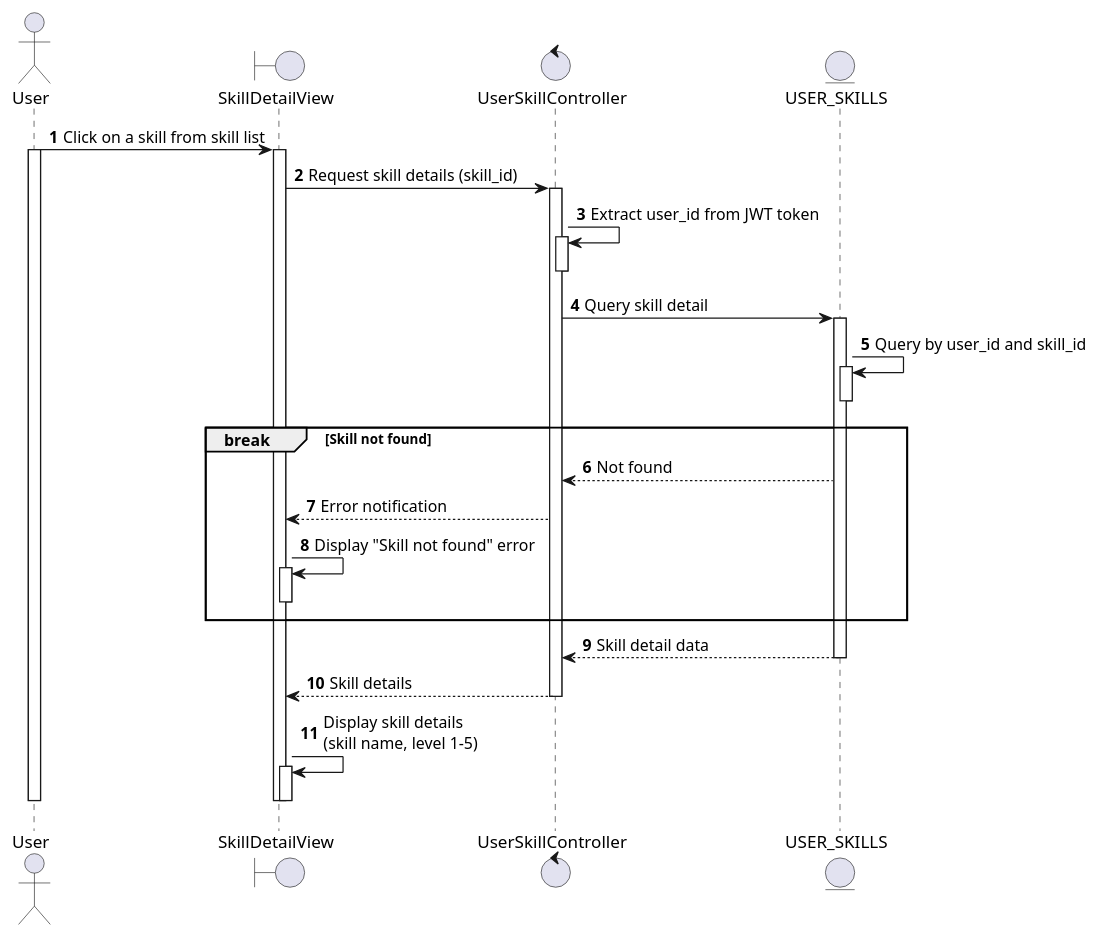
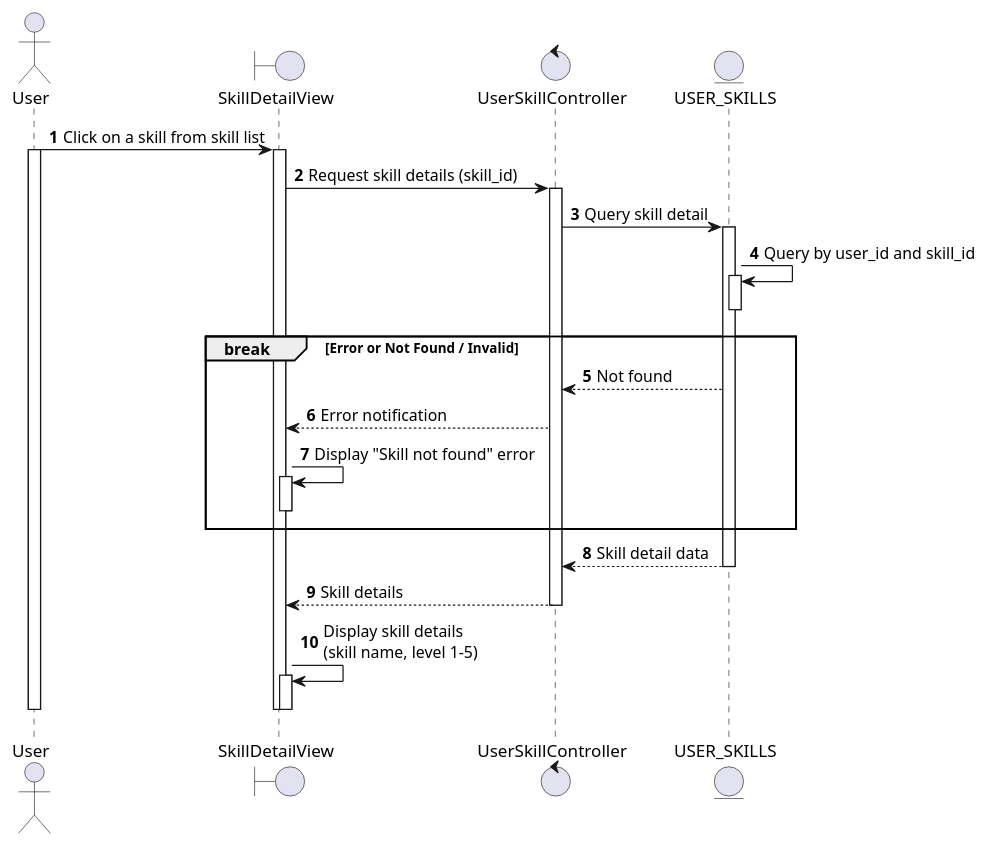
Before and after one commit to taskpilot-platform/taskpilot-platform.github.io: the diagram in docs/docs/sequence/user-skills/view-personal-skill-details.md, drawn with PlantUML. The commit also changed 65 other files, not shown here.

Commit message:
docs: Add new sequence diagrams for various platform functionalities including project, task, sprint, user, and AI assistant management.

````diff
--- a/docs/docs/sequence/user-skills/view-personal-skill-details.md
+++ b/docs/docs/sequence/user-skills/view-personal-skill-details.md
@@ -3,43 +3,45 @@
 ```plantuml
 @startuml
 autonumber
 
 actor User as U
 boundary SkillDetailView as SDV
 control UserSkillController as USC
 entity USER_SKILLS as USK
 
 U -> SDV: Click on a skill from skill list
 activate U
 activate SDV
+
 SDV -> USC: Request skill details (skill_id)
 activate USC
-USC -> USC: Extract user_id from JWT token
-activate USC
-deactivate USC
+
 USC -> USK: Query skill detail
 activate USK
 USK -> USK: Query by user_id and skill_id
 activate USK
 deactivate USK
 
-break Skill not found
+break Error or Not Found / Invalid
   USC <-- USK: Not found
   SDV <-- USC: Error notification
   SDV -> SDV: Display "Skill not found" error
   activate SDV
   deactivate SDV
 end
 
 USC <-- USK: Skill detail data
 deactivate USK
+
 SDV <-- USC: Skill details
 deactivate USC
+
 SDV -> SDV: Display skill details\n(skill name, level 1-5)
 activate SDV
 deactivate SDV
+
 deactivate SDV
 deactivate U
 
 @enduml
 ```
````
